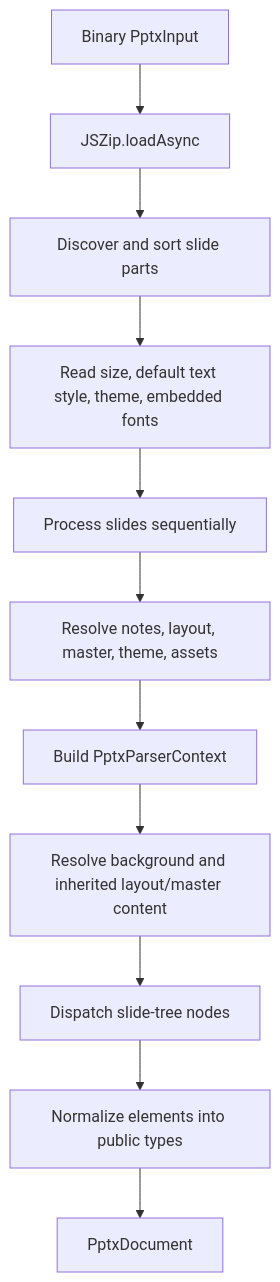
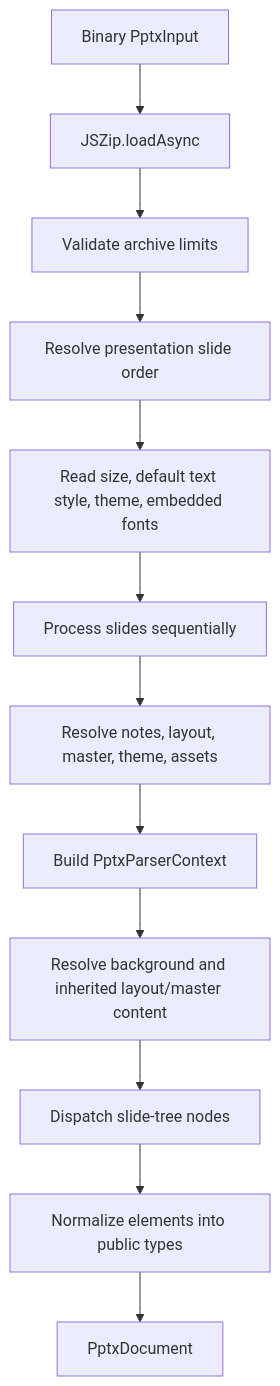
Before and after one commit to evoelsewhere/oakit: the fourth of 4 diagrams in docs/architecture.md, drawn with Mermaid. The commit also changed other lines of this file and 1 other file, not shown here.

````diff
--- a/docs/architecture.md
+++ b/docs/architecture.md
@@ -258,18 +266,19 @@
 ```mermaid
 flowchart TD
     Input["Binary PptxInput"]
     Load["JSZip.loadAsync"]
-    Manifest["Discover and sort slide parts"]
+    Limits["Validate archive limits"]
+    Manifest["Resolve presentation slide order"]
     Globals["Read size, default text style, theme, embedded fonts"]
     SlideLoop["Process slides sequentially"]
     Relationships["Resolve notes, layout, master, theme, assets"]
     Context["Build PptxParserContext"]
     Inheritance["Resolve background and inherited layout/master content"]
     Dispatch["Dispatch slide-tree nodes"]
     Normalize["Normalize elements into public types"]
     Output["PptxDocument"]
 
-    Input --> Load --> Manifest --> Globals --> SlideLoop
+    Input --> Load --> Limits --> Manifest --> Globals --> SlideLoop
     SlideLoop --> Relationships --> Context --> Inheritance --> Dispatch
     Dispatch --> Normalize --> Output
 ```
````
